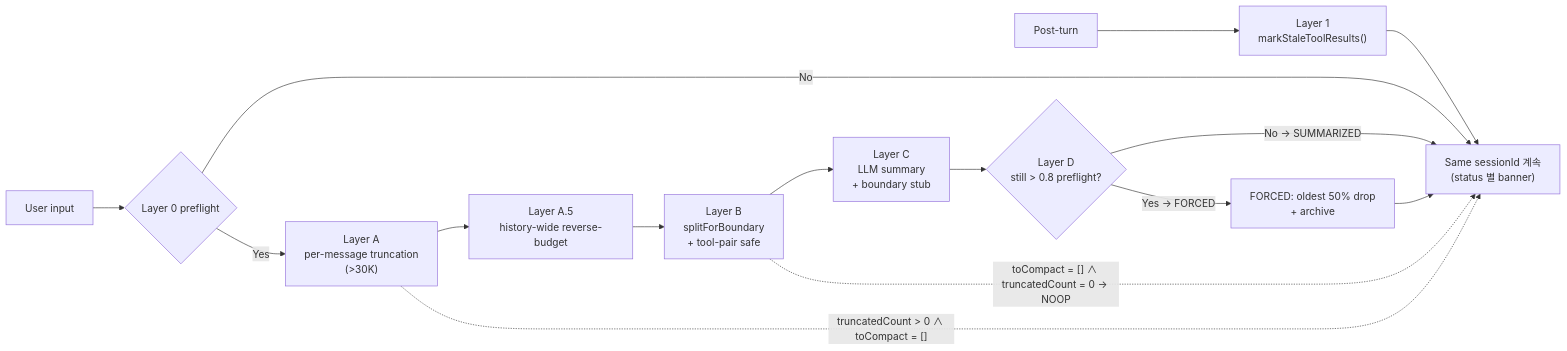
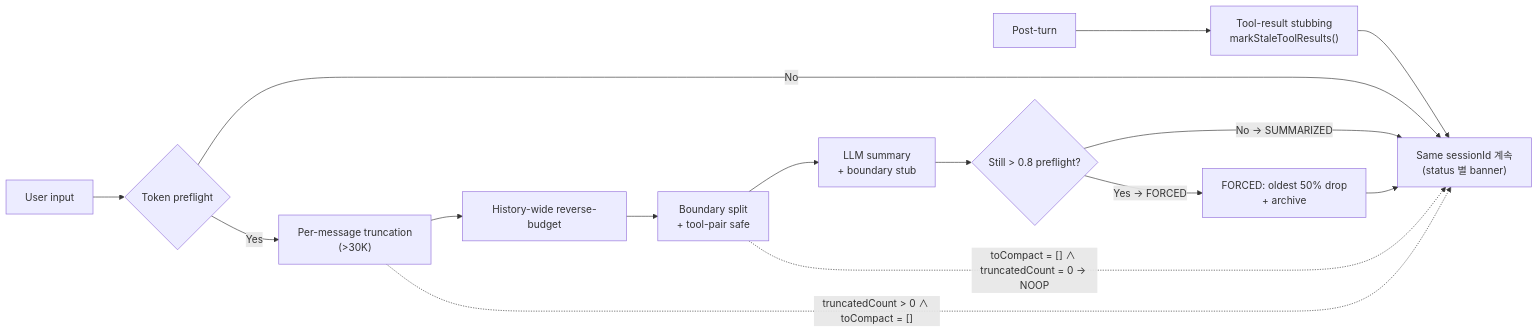
Before and after one commit to lvis-project/lvis-app: diagram 11 of 44 in docs/architecture/architecture.md, drawn with Mermaid. The commit also changed other lines of this file and 10 other files, not shown here.

````diff
--- a/docs/architecture/architecture.md
+++ b/docs/architecture/architecture.md
@@ -847,23 +847,23 @@
 ```mermaid
 flowchart LR
     PostTurn["Post-turn"]
     UserInput["User input"]
-    MarkStale["Layer 1<br/>markStaleToolResults()"]
-    Preflight{"Layer 0 preflight"}
-    LayerA["Layer A<br/>per-message truncation<br/>(>30K)"]
-    LayerAHalf["Layer A.5<br/>history-wide reverse-budget"]
-    LayerB["Layer B<br/>splitForBoundary<br/>+ tool-pair safe"]
-    LayerC["Layer C<br/>LLM summary<br/>+ boundary stub"]
-    LayerD{"Layer D<br/>still > 0.8 preflight?"}
+    MarkStale["Tool-result stubbing<br/>markStaleToolResults()"]
+    Preflight{"Token preflight"}
+    PerMessageTrunc["Per-message truncation<br/>(>30K)"]
+    ReverseBudget["History-wide reverse-budget"]
+    BoundarySplit["Boundary split<br/>+ tool-pair safe"]
+    SummaryCall["LLM summary<br/>+ boundary stub"]
+    ForcedCheck{"Still > 0.8 preflight?"}
     Forced["FORCED: oldest 50% drop<br/>+ archive"]
     Continue["Same sessionId 계속<br/>(status 별 banner)"]
 
     PostTurn --> MarkStale --> Continue
     UserInput --> Preflight
     Preflight -->|"No"| Continue
-    Preflight -->|"Yes"| LayerA --> LayerAHalf --> LayerB --> LayerC --> LayerD
-    LayerD -->|"No → SUMMARIZED"| Continue
-    LayerD -->|"Yes → FORCED"| Forced --> Continue
-    LayerA -.->|"truncatedCount > 0 ∧ toCompact = []"| Continue
-    LayerB -.->|"toCompact = [] ∧ truncatedCount = 0 → NOOP"| Continue
+    Preflight -->|"Yes"| PerMessageTrunc --> ReverseBudget --> BoundarySplit --> SummaryCall --> ForcedCheck
+    ForcedCheck -->|"No → SUMMARIZED"| Continue
+    ForcedCheck -->|"Yes → FORCED"| Forced --> Continue
+    PerMessageTrunc -.->|"truncatedCount > 0 ∧ toCompact = []"| Continue
+    BoundarySplit -.->|"toCompact = [] ∧ truncatedCount = 0 → NOOP"| Continue
 ```
````
